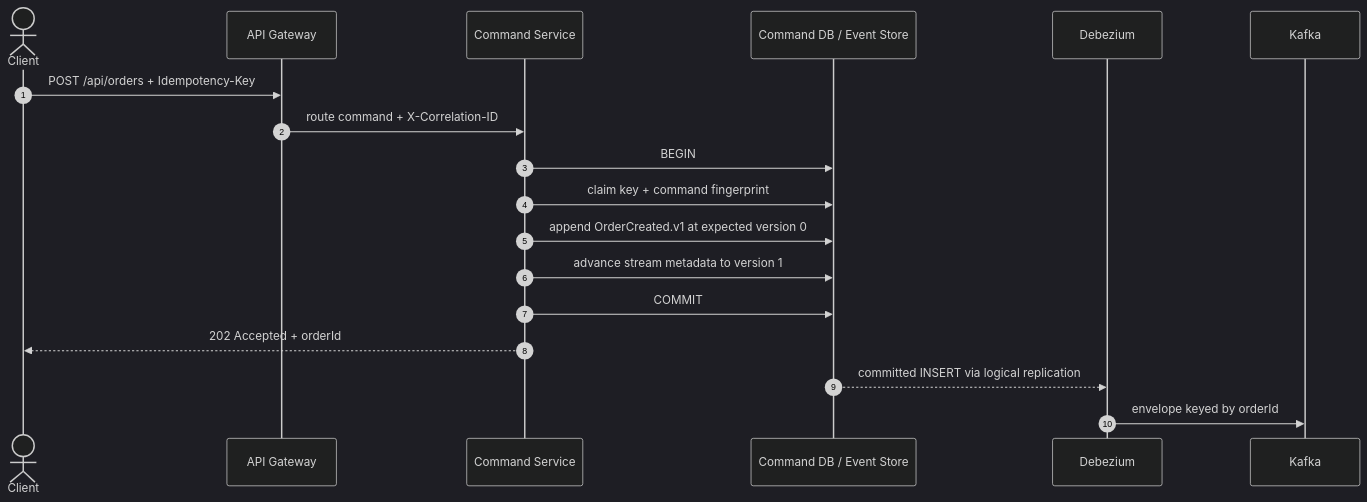
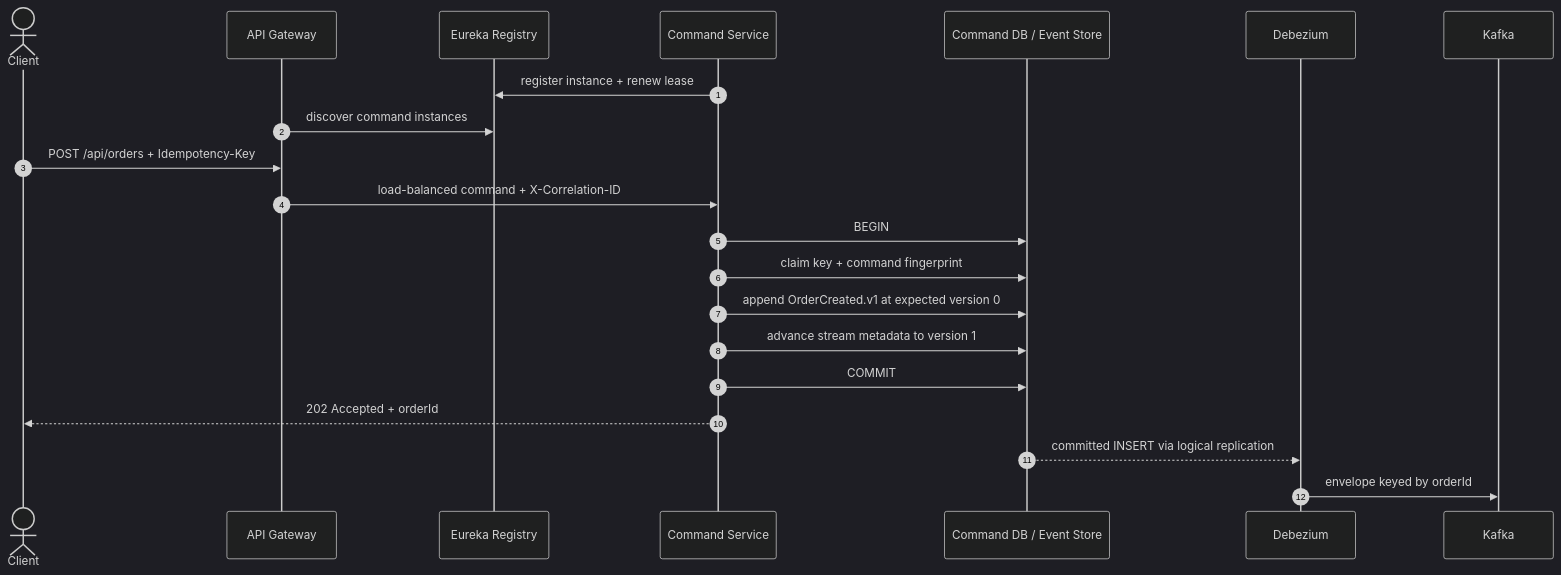
Before and after one commit to karacsonybarni/event-sourced-cqrs-microservices: the first of 2 diagrams in docs/architecture.md, drawn with Mermaid (dark theme). The commit also changed other lines of this file and 21 other files, not shown here.

````diff
--- a/docs/architecture.md
+++ b/docs/architecture.md
@@ -11,21 +11,24 @@
 ```mermaid
 sequenceDiagram
     autonumber
     actor Client
     participant G as API Gateway
+    participant R as Eureka Registry
     participant C as Command Service
     participant ES as Command DB / Event Store
     participant D as Debezium
     participant K as Kafka
 
+    C->>R: register instance + renew lease
+    G->>R: discover command instances
     Client->>G: POST /api/orders + Idempotency-Key
-    G->>C: route command + X-Correlation-ID
+    G->>C: load-balanced command + X-Correlation-ID
     C->>ES: BEGIN
     C->>ES: claim key + command fingerprint
     C->>ES: append OrderCreated.v1 at expected version 0
     C->>ES: advance stream metadata to version 1
     C->>ES: COMMIT
     C-->>Client: 202 Accepted + orderId
     ES-->>D: committed INSERT via logical replication
     D->>K: envelope keyed by orderId
 ```
````
